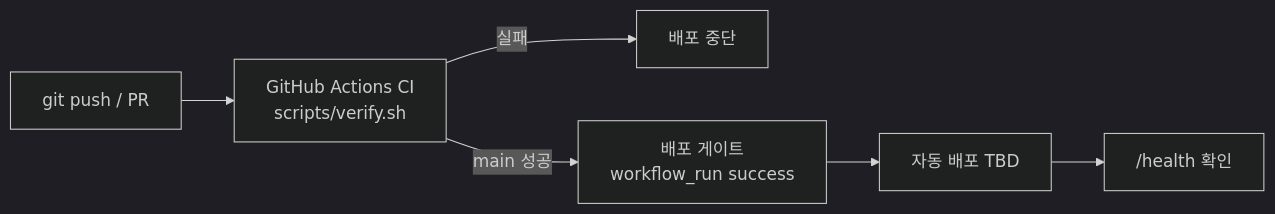
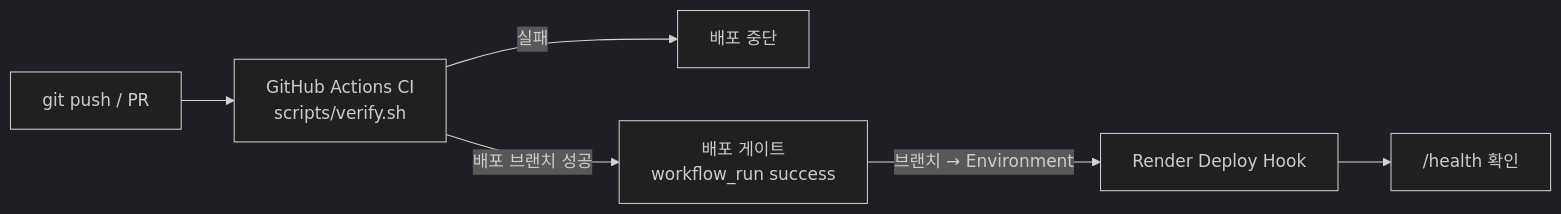
Before and after one commit to thinqsimon/fastapi-langchain-starter: the second of 2 diagrams in docs/architecture.md, drawn with Mermaid (dark theme). The commit also changed 4 other files, not shown here.

````diff
--- a/docs/architecture.md
+++ b/docs/architecture.md
@@ -22,7 +22,7 @@
 ```mermaid
 flowchart LR
     P[git push / PR] --> CI[GitHub Actions CI<br/>scripts/verify.sh]
     CI -- 실패 --> X[배포 중단]
-    CI -- main 성공 --> G[배포 게이트<br/>workflow_run success]
-    G --> D[자동 배포 TBD] --> H["/health 확인"]
+    CI -- 배포 브랜치 성공 --> G[배포 게이트<br/>workflow_run success]
+    G -- 브랜치 → Environment --> D[Render Deploy Hook] --> H["/health 확인"]
 ```
````
